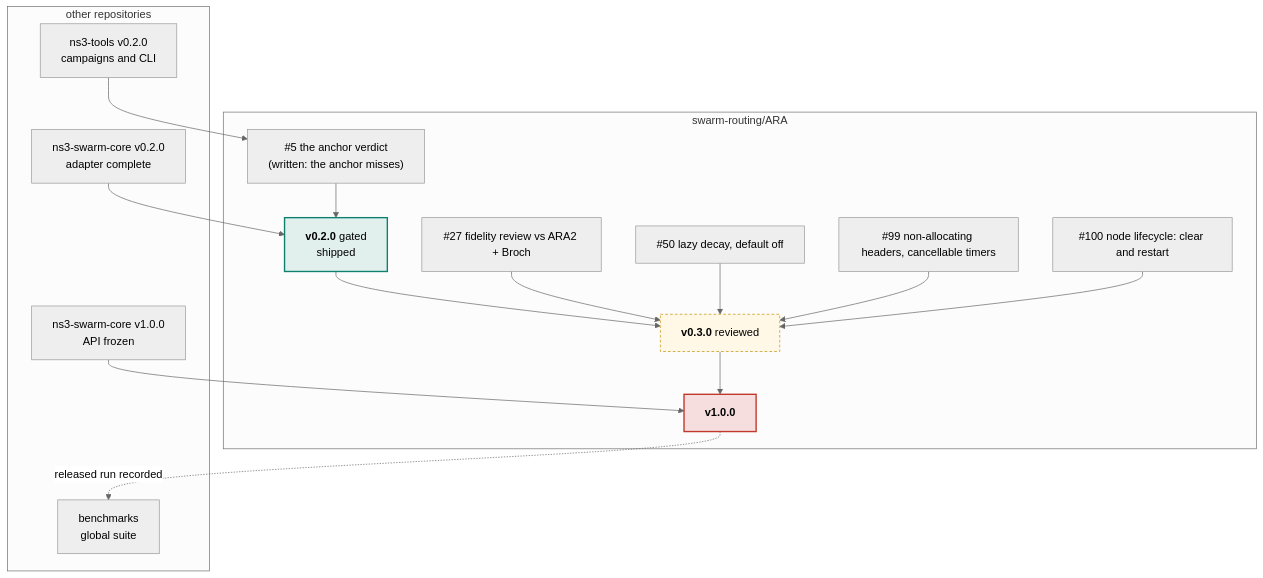
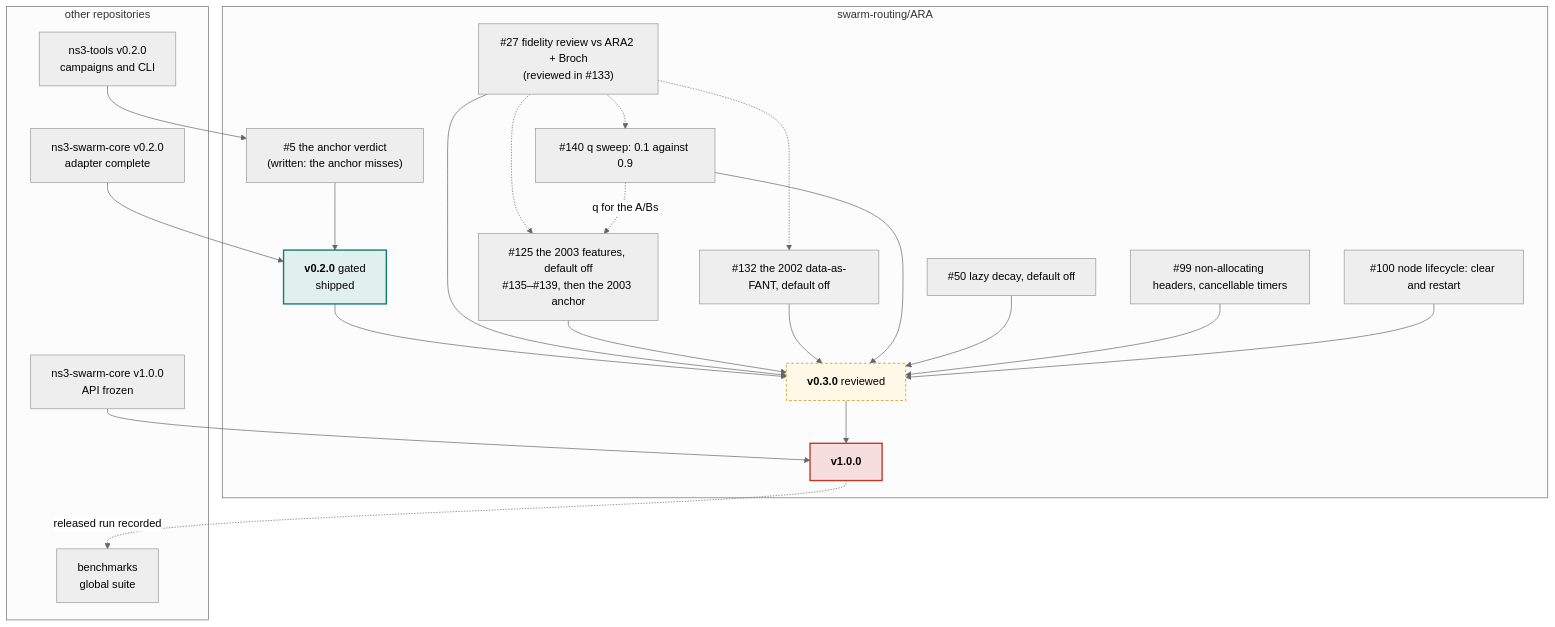
Before and after one commit to swarm-routing/ARA: the second of 2 diagrams in docs/roadmap.md, drawn with Mermaid (neutral theme). The commit also changed other lines of this file and 1 other file, not shown here.

Commit message:
docs(roadmap): v0.3.0 gains the tickets #27's review produced
#27's review (#133) produced follow-ups, all labelled release:v0.3.0:
- #125's 2003 features split one per switch: #135 statistical path
  selection, #136 flooded BANTs, #137 ant priority, #138 one more try on a
  failed link (the 2003 rule #125 did not list), #139 the MAC-Tap; the send
  buffer with minimal FANTs is already BufferDuringDiscovery and the core's
  header-only FANT, so it has no ticket;
- #132, the 2002 version's data packet sent as the FANT, which core/ drops;
- #140, the q sweep, 0.1 against 0.9, the two readings of the 2003 chapter's
  "(1 − q) = 0.1", first since it sets q for the A/Bs.

docs/roadmap.md: the v0.3.0 row names them, and the "What blocks what" graph
shows #125, #132 and #140 feeding v0.3.0 and #27 informing them. README's
epic list is refreshed (#132 and #140 joined epic #3).

Claude-Session: https://claude.ai/code/session_01Qx5bTRuKWg4H98dGNEgNdi

````diff
--- a/docs/roadmap.md
+++ b/docs/roadmap.md
@@ -61,35 +61,45 @@
 ```mermaid
 flowchart TB
     subgraph ARA["swarm-routing/ARA"]
         I5["#5 the anchor verdict<br/>(written: the anchor misses)"]
-        I27["#27 fidelity review vs ARA2 + Broch"]
+        I27["#27 fidelity review vs ARA2 + Broch<br/>(reviewed in #133)"]
+        I125["#125 the 2003 features, default off<br/>#135–#139, then the 2003 anchor"]
+        I132["#132 the 2002 data-as-FANT, default off"]
+        I140["#140 q sweep: 0.1 against 0.9"]
         I50["#50 lazy decay, default off"]
         I99["#99 non-allocating headers, cancellable timers"]
         I100["#100 node lifecycle: clear and restart"]
         V02["<b>v0.2.0</b> gated<br/>shipped"]
         V03["<b>v0.3.0</b> reviewed"]
         V10["<b>v1.0.0</b>"]
     end
     subgraph XR["other repositories"]
         T02["ns3-tools v0.2.0<br/>campaigns and CLI"]
         S02["ns3-swarm-core v0.2.0<br/>adapter complete"]
         S10["ns3-swarm-core v1.0.0<br/>API frozen"]
         BM["benchmarks<br/>global suite"]
     end
 
     I5 --> V02
     T02 --> I5
     S02 --> V02
     V02 --> V03
     I27 --> V03
+    I27 -.-> I125
+    I27 -.-> I132
+    I27 -.-> I140
+    I140 -.->|"q for the A/Bs"| I125
+    I125 --> V03
+    I132 --> V03
+    I140 --> V03
     I50 --> V03
     I99 --> V03
     I100 --> V03
     V03 --> V10
     S10 --> V10
     V10 -.->|"released run recorded"| BM
 
     style V02 fill:#e2f0ed,stroke:#0f7f70,stroke-width:2px
     style V03 fill:#fff8e6,stroke:#c48f00,stroke-dasharray:4 3
     style V10 fill:#f6dede,stroke:#c0392b,stroke-width:2px
 ```
````
